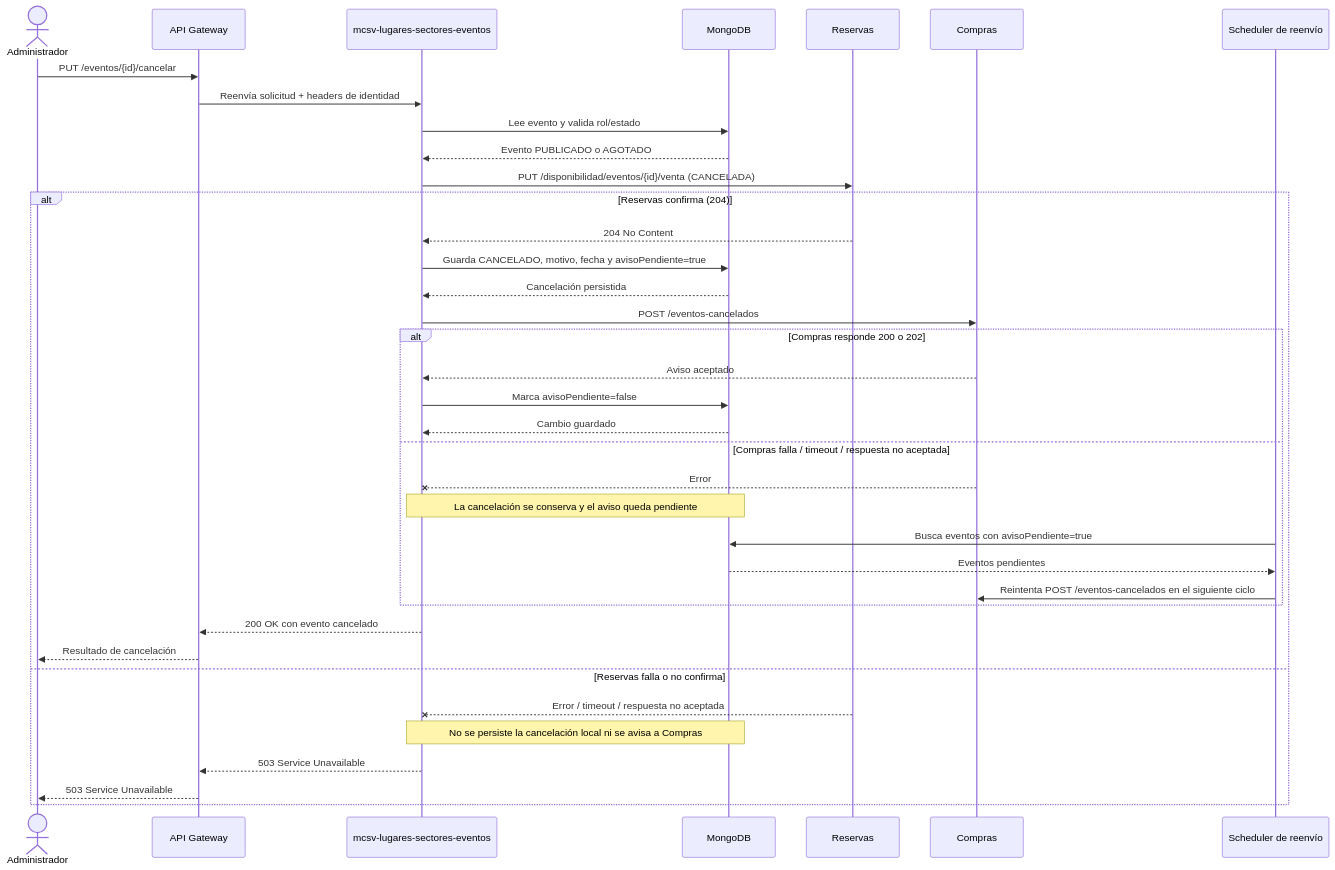
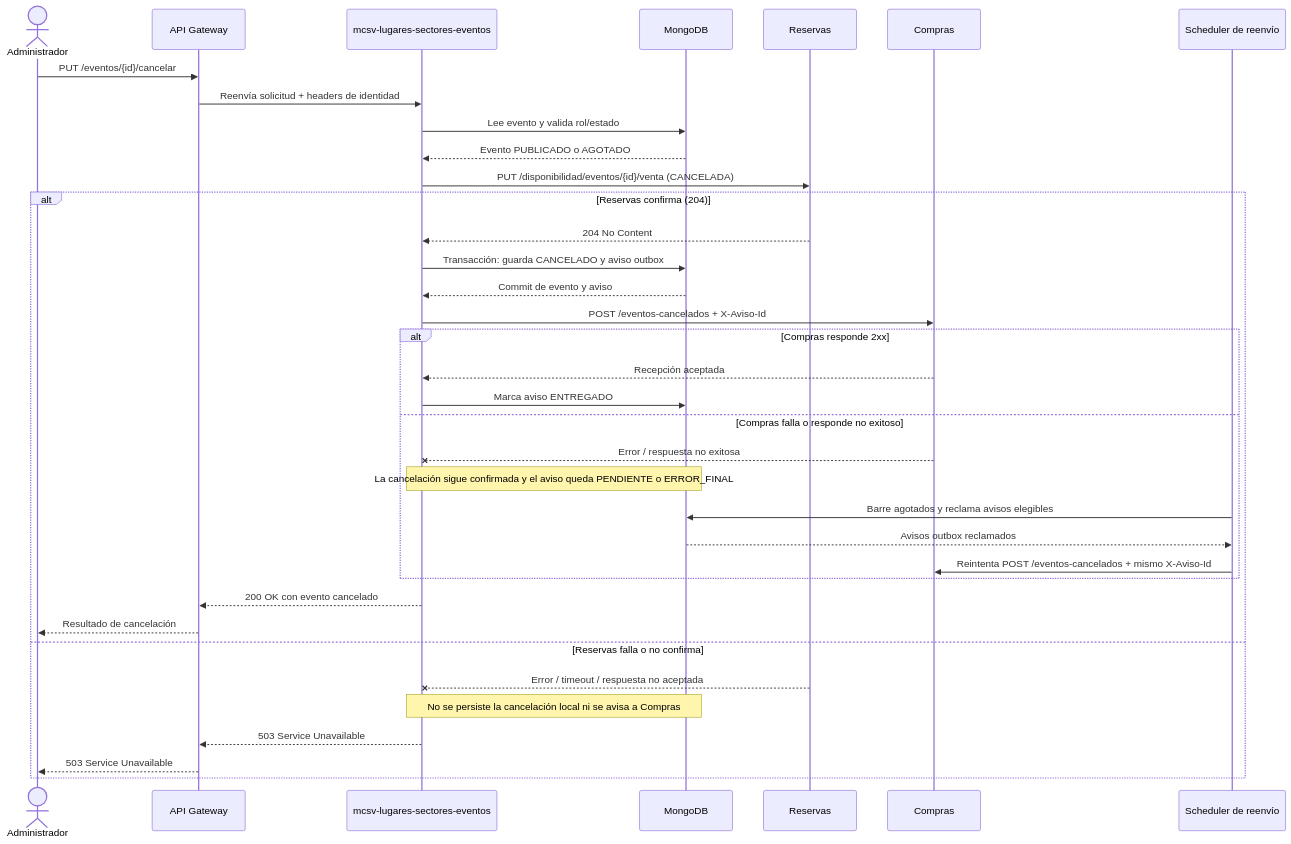
One commit to mailenramos/Trabajo-Practico-Especial changed the third of 4 diagrams in Backend/mcsv-lugares-sectores-eventos/docs/diseno.md. Above: the diagram before and after it, drawn with Mermaid. The commit also changed other lines of this file and 12 other files, not shown here.

````diff
--- a/Backend/mcsv-lugares-sectores-eventos/docs/diseno.md
+++ b/Backend/mcsv-lugares-sectores-eventos/docs/diseno.md
@@ -75,40 +75,39 @@
 ```mermaid
 sequenceDiagram
     actor Admin as Administrador
     participant GW as API Gateway
     participant GL as mcsv-lugares-sectores-eventos
     participant DB as MongoDB
     participant R as Reservas
     participant C as Compras
     participant S as Scheduler de reenvío
 
     Admin->>GW: PUT /eventos/{id}/cancelar
     GW->>GL: Reenvía solicitud + headers de identidad
     GL->>DB: Lee evento y valida rol/estado
     DB-->>GL: Evento PUBLICADO o AGOTADO
     GL->>R: PUT /disponibilidad/eventos/{id}/venta (CANCELADA)
     alt Reservas confirma (204)
         R-->>GL: 204 No Content
-        GL->>DB: Guarda CANCELADO, motivo, fecha y avisoPendiente=true
-        DB-->>GL: Cancelación persistida
-        GL->>C: POST /eventos-cancelados
-        alt Compras responde 200 o 202
-            C-->>GL: Aviso aceptado
-            GL->>DB: Marca avisoPendiente=false
-            DB-->>GL: Cambio guardado
-        else Compras falla / timeout / respuesta no aceptada
-            C--xGL: Error
-            Note over GL,DB: La cancelación se conserva y el aviso queda pendiente
-            S->>DB: Busca eventos con avisoPendiente=true
-            DB-->>S: Eventos pendientes
-            S->>C: Reintenta POST /eventos-cancelados en el siguiente ciclo
+        GL->>DB: Transacción: guarda CANCELADO y aviso outbox
+        DB-->>GL: Commit de evento y aviso
+        GL->>C: POST /eventos-cancelados + X-Aviso-Id
+        alt Compras responde 2xx
+            C-->>GL: Recepción aceptada
+            GL->>DB: Marca aviso ENTREGADO
+        else Compras falla o responde no exitoso
+            C--xGL: Error / respuesta no exitosa
+            Note over GL,DB: La cancelación sigue confirmada y el aviso queda PENDIENTE o ERROR_FINAL
+            S->>DB: Barre agotados y reclama avisos elegibles
+            DB-->>S: Avisos outbox reclamados
+            S->>C: Reintenta POST /eventos-cancelados + mismo X-Aviso-Id
         end
         GL-->>GW: 200 OK con evento cancelado
         GW-->>Admin: Resultado de cancelación
     else Reservas falla o no confirma
         R--xGL: Error / timeout / respuesta no aceptada
         Note over GL,DB: No se persiste la cancelación local ni se avisa a Compras
         GL-->>GW: 503 Service Unavailable
         GW-->>Admin: 503 Service Unavailable
     end
 ```
````
